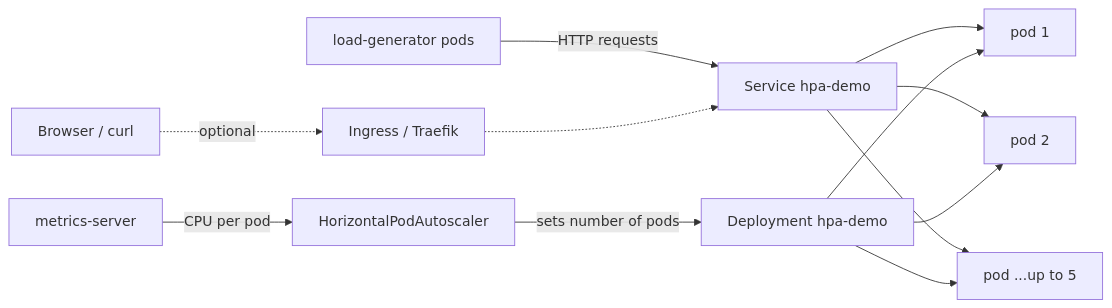
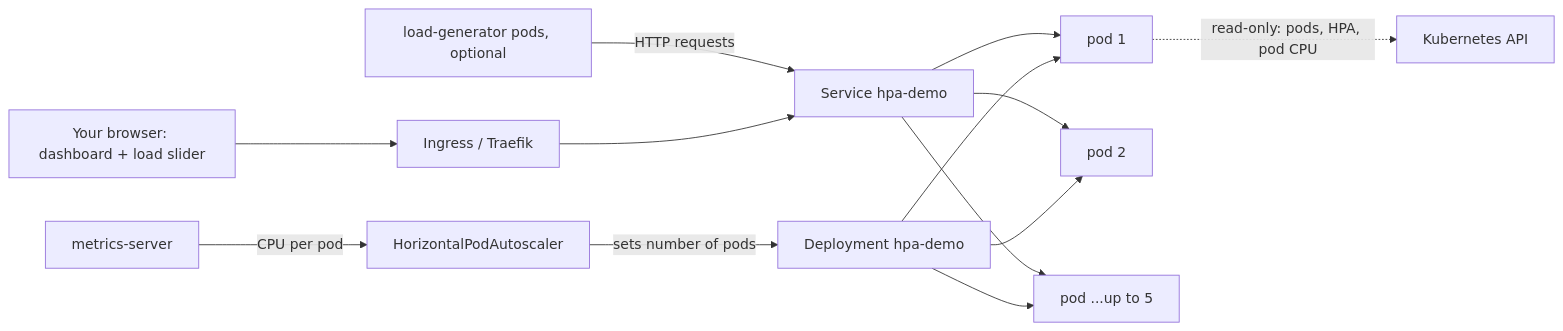
The diagram in apps/hpa-demo/README.md (zulhardy-lab/devops-projects), drawn with Mermaid before and after one commit. The commit also changed other lines of this file, not shown here.

First line of the commit message:
docs(hpa-demo): rewrite the README around the dashboard

````diff
--- a/apps/hpa-demo/README.md
+++ b/apps/hpa-demo/README.md
@@ -49,11 +77,13 @@
 ```mermaid
 flowchart LR
-    LG[load-generator pods] -->|HTTP requests| SVC[Service hpa-demo]
-    USER[Browser / curl] -.->|optional| ING[Ingress / Traefik] -.-> SVC
+    B[Your browser: dashboard + load slider] --> ING[Ingress / Traefik]
+    LG[load-generator pods, optional] -->|HTTP requests| SVC
+    ING --> SVC[Service hpa-demo]
     SVC --> P1[pod 1]
     SVC --> P2[pod 2]
     SVC --> P3[pod ...up to 5]
     MS[metrics-server] -->|CPU per pod| HPA[HorizontalPodAutoscaler]
     HPA -->|sets number of pods| DEP[Deployment hpa-demo]
     DEP --> P1 & P2 & P3
+    P1 -.->|read-only: pods, HPA, pod CPU| API[Kubernetes API]
 ```
````
